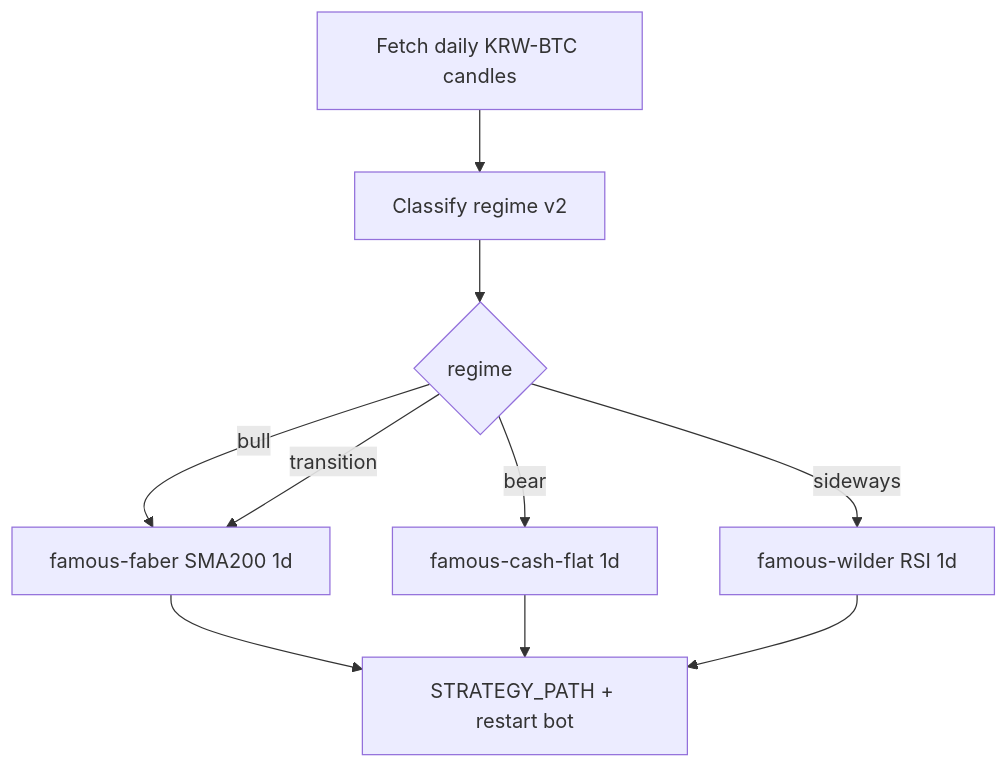
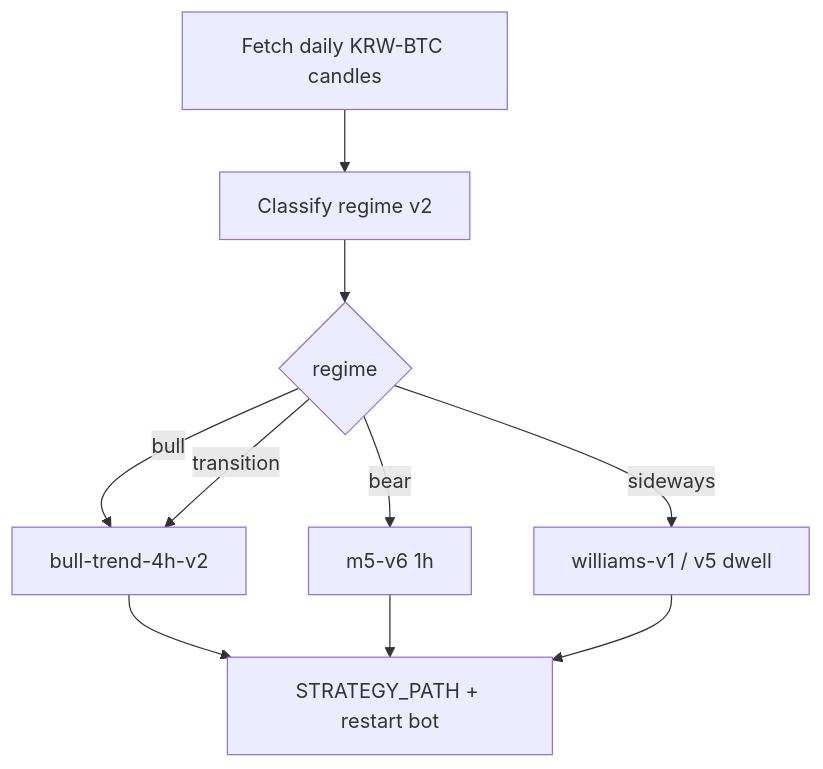
The first of 2 diagrams in docs/regime-auto-switch-playbook.md (Mansejin/auto-trade), drawn with Mermaid before and after one commit. The commit also changed other lines of this file and 8 other files, not shown here.

````diff
--- a/docs/regime-auto-switch-playbook.md
+++ b/docs/regime-auto-switch-playbook.md
@@ -33,12 +33,12 @@
 ```mermaid
 flowchart TD
   D["Fetch daily KRW-BTC candles"] --> C["Classify regime v2"]
   C --> R{"regime"}
-  R -->|bull| B["famous-faber SMA200 1d"]
+  R -->|bull| B["bull-trend-4h-v2"]
   R -->|transition| B
-  R -->|bear| E["famous-cash-flat 1d"]
-  R -->|sideways| S["famous-wilder RSI 1d"]
+  R -->|bear| E["m5-v6 1h"]
+  R -->|sideways| S["williams-v1 / v5 dwell"]
   B --> P["STRATEGY_PATH + restart bot"]
   E --> P
   S --> P
 ```
````
